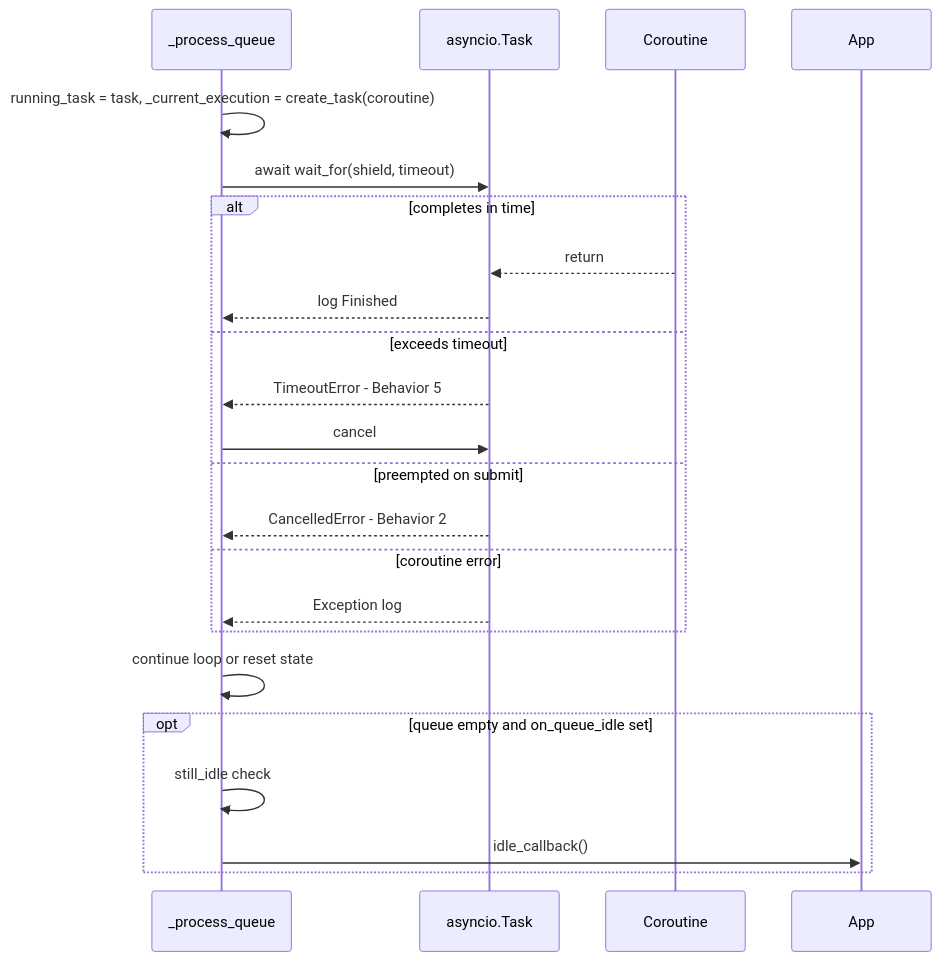
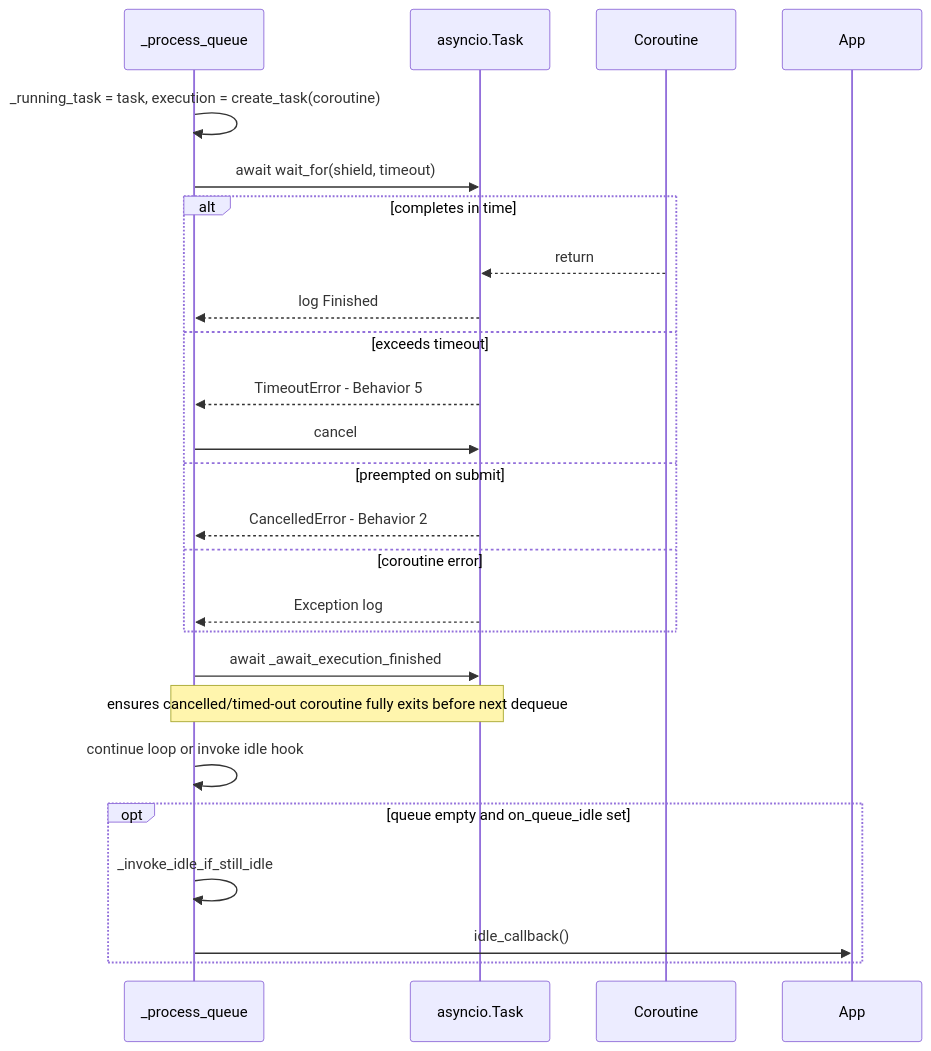
Before and after one commit to scoville/test_filter_queue: the fifth of 9 diagrams in .cursor/plans/system_architecture_workflow_b2d79ca7.plan.md, drawn with Mermaid. The commit also changed other lines of this file and 2 other files, not shown here.

````diff
--- a/.cursor/plans/system_architecture_workflow_b2d79ca7.plan.md
+++ b/.cursor/plans/system_architecture_workflow_b2d79ca7.plan.md
@@ -197,27 +234,30 @@
 ```mermaid
 sequenceDiagram
     participant Process as _process_queue
     participant AsyncTask as asyncio.Task
     participant Coroutine
 
-    Process->>Process: running_task = task, _current_execution = create_task(coroutine)
+    Process->>Process: _running_task = task, execution = create_task(coroutine)
     Process->>AsyncTask: await wait_for(shield, timeout)
 
     alt completes in time
         Coroutine-->>AsyncTask: return
         AsyncTask-->>Process: log Finished
     else exceeds timeout
         AsyncTask-->>Process: TimeoutError - Behavior 5
         Process->>AsyncTask: cancel
     else preempted on submit
         AsyncTask-->>Process: CancelledError - Behavior 2
     else coroutine error
         AsyncTask-->>Process: Exception log
     end
 
-    Process->>Process: continue loop or reset state
+    Process->>AsyncTask: await _await_execution_finished
+    Note over Process,AsyncTask: ensures cancelled/timed-out coroutine fully exits before next dequeue
+
+    Process->>Process: continue loop or invoke idle hook
     opt queue empty and on_queue_idle set
-        Process->>Process: still_idle check
+        Process->>Process: _invoke_idle_if_still_idle
         Process->>App: idle_callback()
     end
 ```
````
